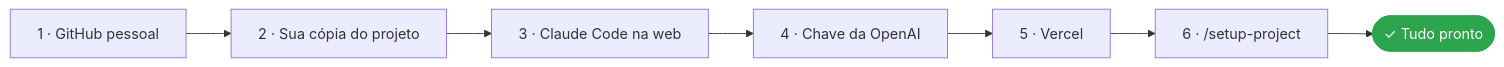
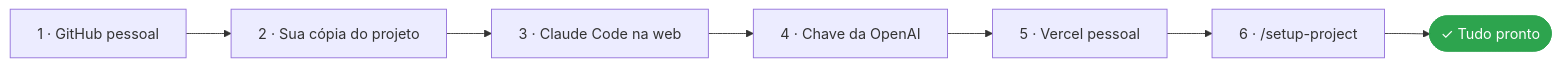
Before and after one commit to Blueydata/ai-dev-foundation: the first of 2 diagrams in PREREQUISITES.md, drawn with Mermaid. The commit also changed other lines of this file, not shown here.

First line of the commit message:
docs: list the three personal accounts and the OpenAI key in the prerequisites

````diff
--- a/PREREQUISITES.md
+++ b/PREREQUISITES.md
@@ -10,5 +10,5 @@
 ```mermaid
 flowchart LR
-    A["1 · GitHub pessoal"] --> B["2 · Sua cópia do projeto"] --> C["3 · Claude Code na web"] --> D["4 · Chave da OpenAI"] --> E["5 · Vercel"] --> F["6 · /setup-project"] --> G(["✓ Tudo pronto"])
+    A["1 · GitHub pessoal"] --> B["2 · Sua cópia do projeto"] --> C["3 · Claude Code na web"] --> D["4 · Chave da OpenAI"] --> E["5 · Vercel pessoal"] --> F["6 · /setup-project"] --> G(["✓ Tudo pronto"])
     style G fill:#2da44e,color:#fff,stroke:#2da44e
 ```
````
